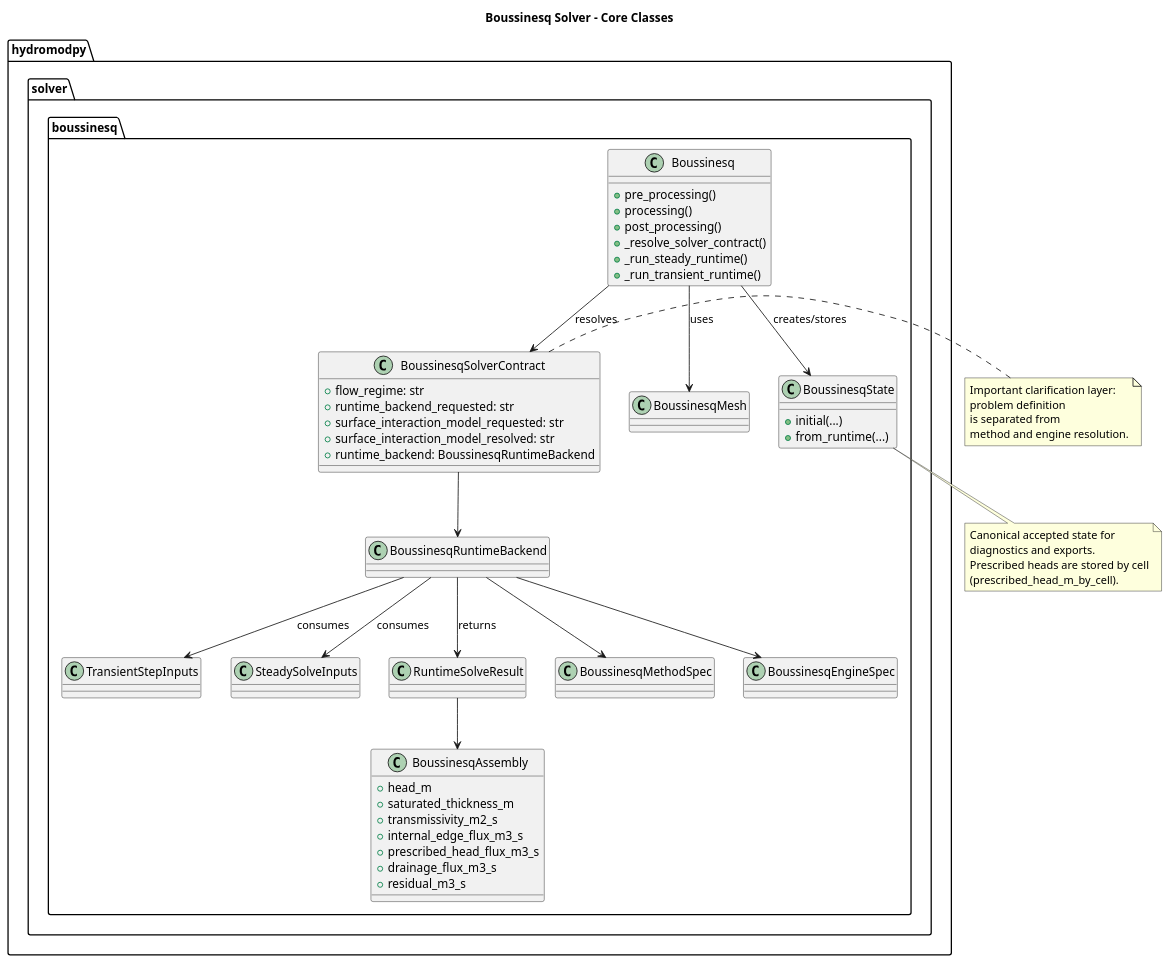
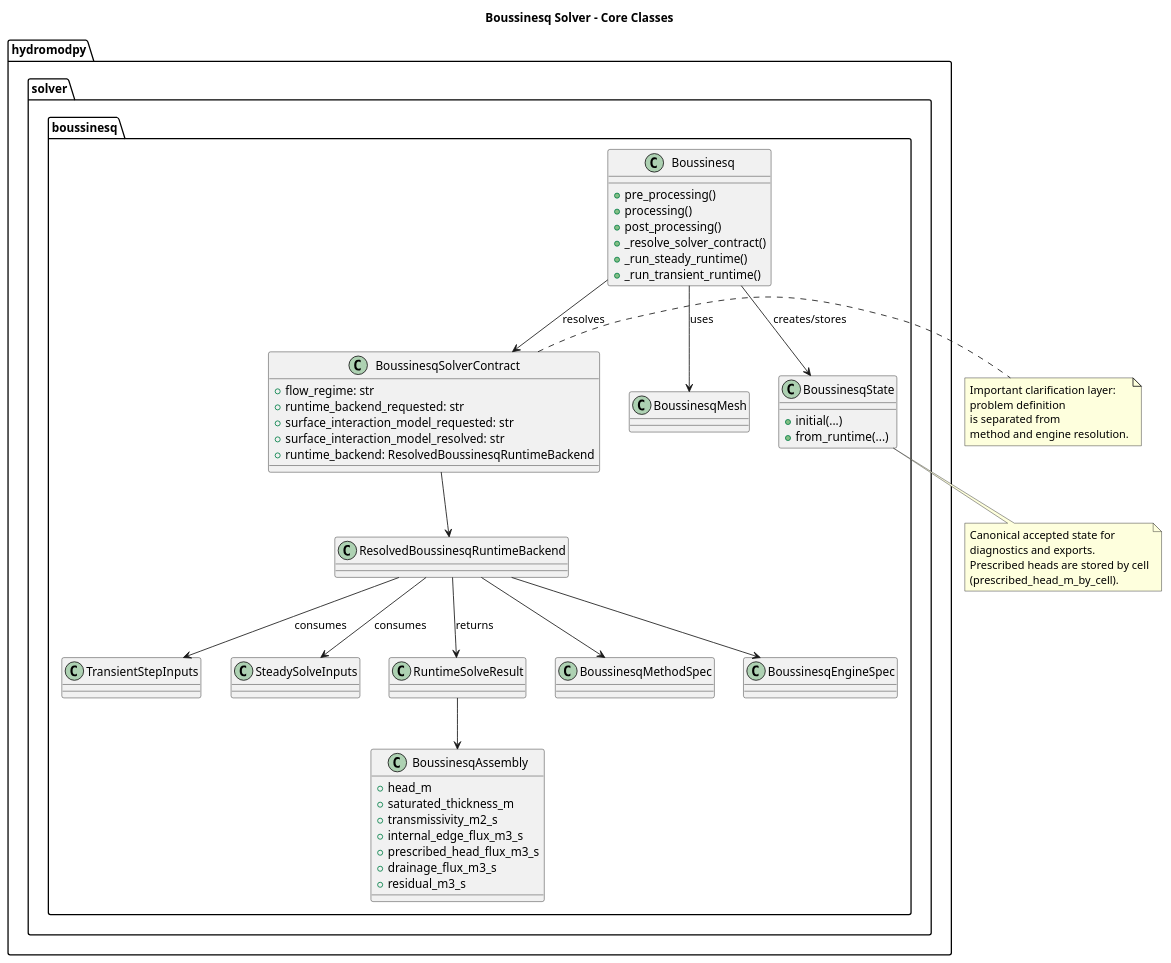
One commit to HydroModPy/HydroModPy changed the diagram in docs/source/contribute/architecture/solver/diagrams/boussinesq_core_classes.wsd. Above: the diagram before and after it, drawn with PlantUML. The commit also changed 1458 other files, not shown here.

```diff
--- a/docs/source/contribute/architecture/solver/diagrams/boussinesq_core_classes.wsd
+++ b/docs/source/contribute/architecture/solver/diagrams/boussinesq_core_classes.wsd
@@ -1,72 +1,72 @@
 @startuml
 allowmixing
 title Boussinesq Solver - Core Classes
 
 package "hydromodpy.solver.boussinesq" {
   class Boussinesq {
     +pre_processing()
     +processing()
     +post_processing()
     +_resolve_solver_contract()
     +_run_steady_runtime()
     +_run_transient_runtime()
   }
 
   class BoussinesqSolverContract {
     +flow_regime: str
     +runtime_backend_requested: str
     +surface_interaction_model_requested: str
     +surface_interaction_model_resolved: str
-    +runtime_backend: BoussinesqRuntimeBackend
+    +runtime_backend: ResolvedBoussinesqRuntimeBackend
   }
 
   class BoussinesqMesh
   class BoussinesqState {
     +initial(...)
     +from_runtime(...)
   }
 
   class BoussinesqAssembly {
     +head_m
     +saturated_thickness_m
     +transmissivity_m2_s
     +internal_edge_flux_m3_s
     +prescribed_head_flux_m3_s
     +drainage_flux_m3_s
     +residual_m3_s
   }
 
   class TransientStepInputs
   class SteadySolveInputs
   class RuntimeSolveResult
-  class BoussinesqRuntimeBackend
+  class ResolvedBoussinesqRuntimeBackend
   class BoussinesqMethodSpec
   class BoussinesqEngineSpec
 }
 
 Boussinesq --> BoussinesqMesh : uses
 Boussinesq --> BoussinesqState : creates/stores
 Boussinesq --> BoussinesqSolverContract : resolves
-BoussinesqSolverContract --> BoussinesqRuntimeBackend
-BoussinesqRuntimeBackend --> BoussinesqMethodSpec
-BoussinesqRuntimeBackend --> BoussinesqEngineSpec
-BoussinesqRuntimeBackend --> TransientStepInputs : consumes
-BoussinesqRuntimeBackend --> SteadySolveInputs : consumes
-BoussinesqRuntimeBackend --> RuntimeSolveResult : returns
+BoussinesqSolverContract --> ResolvedBoussinesqRuntimeBackend
+ResolvedBoussinesqRuntimeBackend --> BoussinesqMethodSpec
+ResolvedBoussinesqRuntimeBackend --> BoussinesqEngineSpec
+ResolvedBoussinesqRuntimeBackend --> TransientStepInputs : consumes
+ResolvedBoussinesqRuntimeBackend --> SteadySolveInputs : consumes
+ResolvedBoussinesqRuntimeBackend --> RuntimeSolveResult : returns
 RuntimeSolveResult --> BoussinesqAssembly
 
 note bottom of BoussinesqState
 Canonical accepted state for
 diagnostics and exports.
 Prescribed heads are stored by cell
 (prescribed_head_m_by_cell).
 end note
 
 note right of BoussinesqSolverContract
 Important clarification layer:
 problem definition
 is separated from
 method and engine resolution.
 end note
 
 @enduml
```
